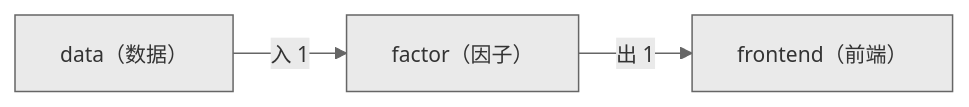
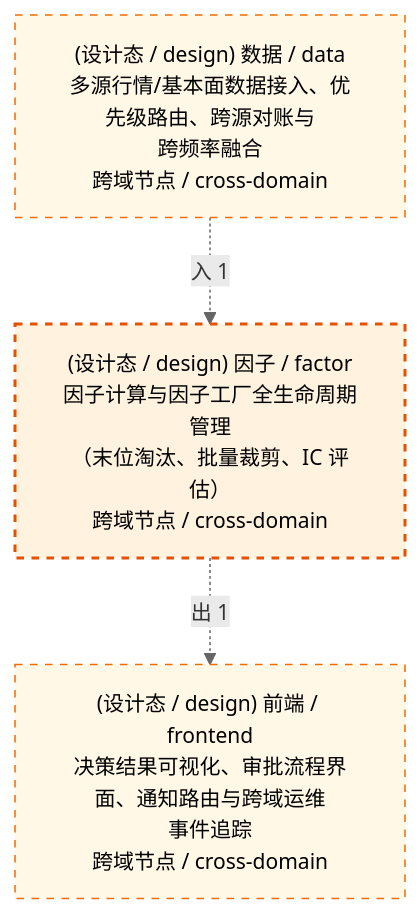
Before and after one commit to xuanFelixVan/ZephyrAlpha: the third of 3 diagrams in docs/02_enterprise_architecture/06_decision_architecture/07_decision_l2a_factor.md, drawn with Mermaid. The commit also changed other lines of this file and 23 other files, not shown here.

First line of the commit message:
feat(decisiongraph): 决策流图生成器模板 V1.2 全面升级——严格三视图+四要素标签+classDef四色+HTML联动

````diff
--- a/docs/02_enterprise_architecture/06_decision_architecture/07_decision_l2a_factor.md
+++ b/docs/02_enterprise_architecture/06_decision_architecture/07_decision_l2a_factor.md
@@ -73,9 +149,15 @@
 ```mermaid
-%%{init: {'theme': 'base', 'themeVariables': {'primaryColor': '#eaeaea', 'primaryTextColor': '#333333', 'primaryBorderColor': '#666666', 'lineColor': '#666666', 'secondaryColor': '#eaeaea', 'tertiaryColor': '#eaeaea', 'fontSize': '14px'}}}%%
-flowchart LR
-    SELF["factor（因子）"]
-    EXT_frontend["frontend（前端）"]
-    SELF -->|出 1| EXT_frontend
-    EXT_data["data（数据）"]
-    EXT_data -->|入 1| SELF
+%%{init: {'theme': 'base', 'themeVariables': {'primaryColor': '#eaeaea', 'primaryTextColor': '#333333', 'primaryBorderColor': '#666666', 'lineColor': '#666666', 'secondaryColor': '#eaeaea', 'tertiaryColor': '#eaeaea', 'clusterBkg': 'transparent', 'clusterBorder': 'transparent', 'fontSize': '14px'}}}%%
+flowchart TD
+    SELF["(设计态 / design) 因子 / factor<br/>因子计算与因子工厂全生命周期管理<br/>（末位淘汰、批量裁剪、IC 评估）<br/>跨域节点 / cross-domain"]
+    EXT_frontend["(设计态 / design) 前端 / frontend<br/>决策结果可视化、审批流程界面、通知路由与跨域运维<br/>事件追踪<br/>跨域节点 / cross-domain"]
+    SELF -.->|出 1| EXT_frontend
+    EXT_data["(设计态 / design) 数据 / data<br/>多源行情/基本面数据接入、优先级路由、跨源对账与<br/>跨频率融合<br/>跨域节点 / cross-domain"]
+    EXT_data -.->|入 1| SELF
+    classDef production fill:#e1f5fe,stroke:#01579b,stroke-width:2px,color:#000
+    classDef design fill:#fff3e0,stroke:#e65100,stroke-width:2px,color:#000,stroke-dasharray: 5 5
+    classDef external_prod fill:#e8f4fd,stroke:#0277bd,stroke-width:1px,color:#000
+    classDef external_design fill:#fff8e7,stroke:#ef6c00,stroke-width:1px,color:#000,stroke-dasharray: 5 5
+    class SELF design
+    class EXT_frontend,EXT_data external_design
 ```
````
